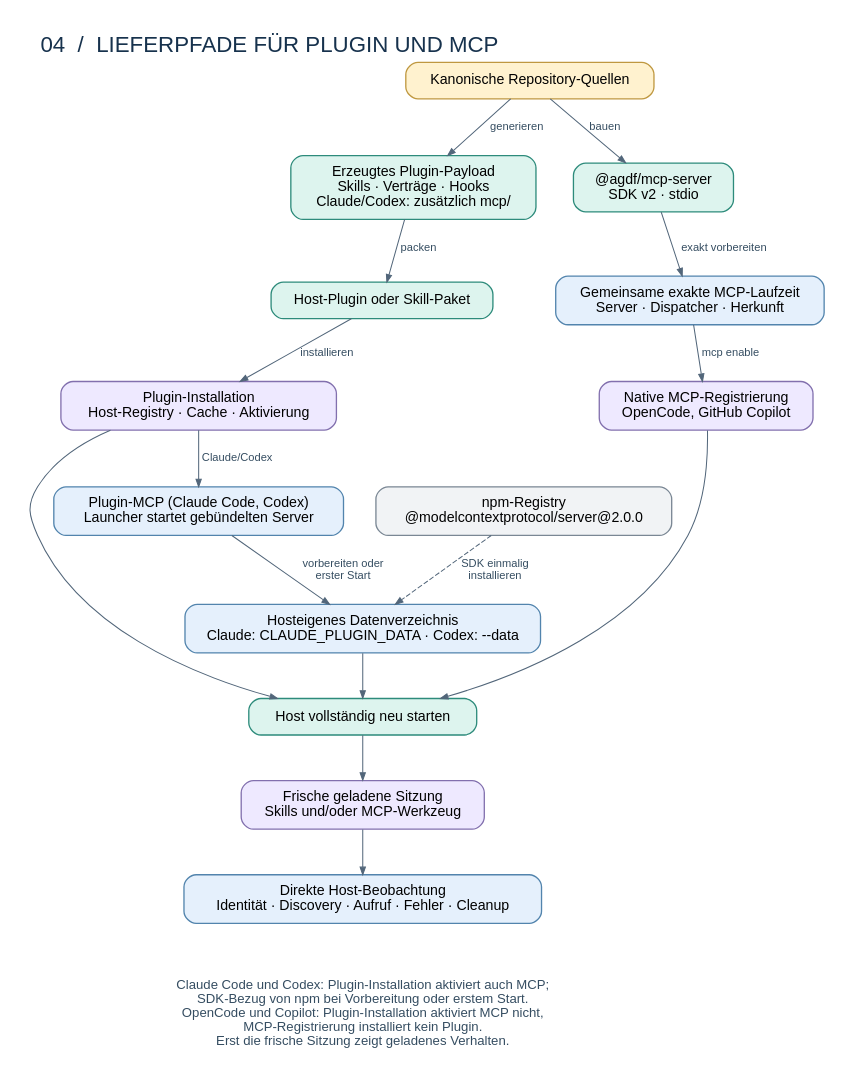
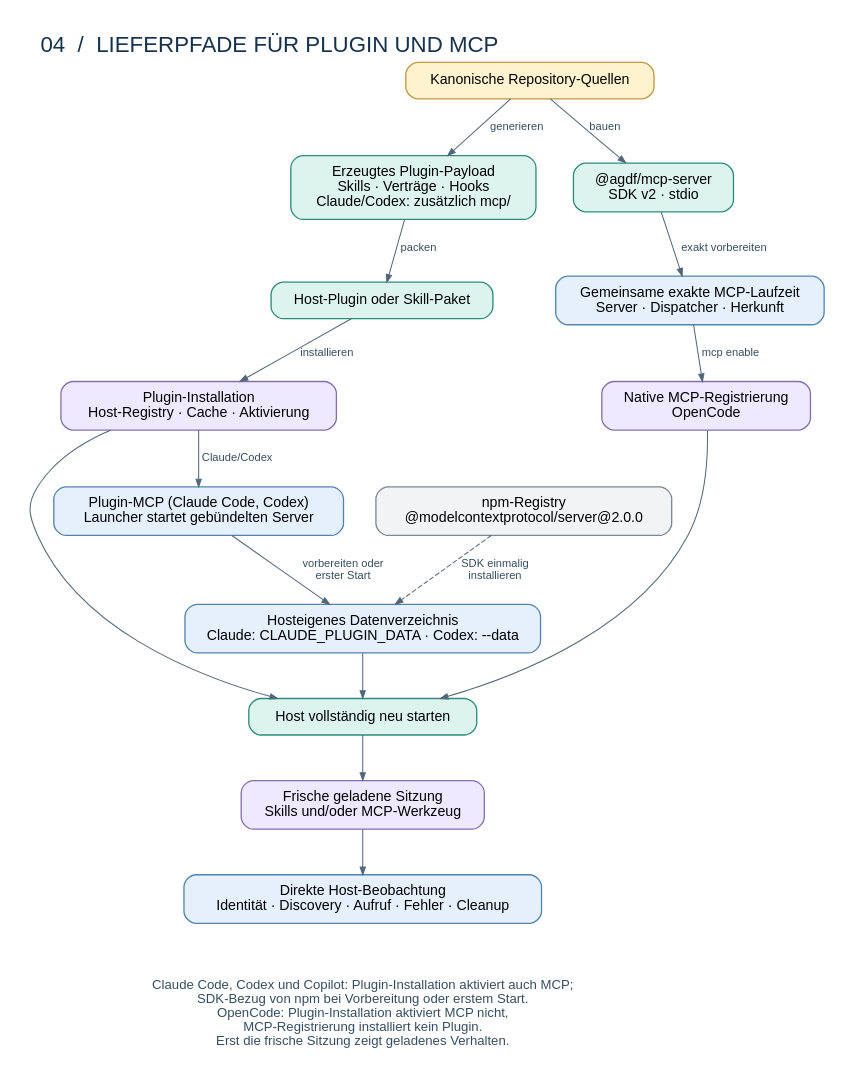
One commit to ArndtGold/ai-native-governance-delivery-framework changed the diagram in docs/architecture/diagrams/04-distribution.dot. Above: the diagram before and after it, drawn with Graphviz. The commit also changed 36 other files, not shown here.

First line of the commit message:
feat(copilot): migrate plugin to Agent Plugins 1.0 with managed MCP

```diff
--- a/docs/architecture/diagrams/04-distribution.dot
+++ b/docs/architecture/diagrams/04-distribution.dot
@@ -1,48 +1,48 @@
 digraph distribution {
   graph [rankdir=TB, bgcolor="white", pad=0.3, nodesep=0.45, ranksep=0.6, fontname="Helvetica", label="04  /  LIEFERPFADE FÜR PLUGIN UND MCP", labelloc=t, labeljust=l, fontsize=22, fontcolor="#17324D"];
   node [shape=box, style="rounded,filled", color="#2D8B7B", fillcolor="#DDF4EE", fontname="Helvetica", fontsize=14, margin="0.19,0.13", penwidth=1.3];
   edge [color="#52667A", arrowsize=0.75, fontname="Helvetica", fontsize=11, fontcolor="#354D61"];
 
   source [label="Kanonische Repository-Quellen", fillcolor="#FFF2CF", color="#BF9840"];
 
   plugin_payload [label="Erzeugtes Plugin-Payload\nSkills · Verträge · Hooks\nClaude/Codex: zusätzlich mcp/"];
   plugin_package [label="Host-Plugin oder Skill-Paket"];
   plugin_install [label="Plugin-Installation\nHost-Registry · Cache · Aktivierung", fillcolor="#EEE9FF", color="#8270AE"];
 
   plugin_mcp [label="Plugin-MCP (Claude Code, Codex)\nLauncher startet gebündelten Server", fillcolor="#E5F0FC", color="#5284AD"];
   npm [label="npm-Registry\n@modelcontextprotocol/server@2.0.0", fillcolor="#F1F3F5", color="#7A8794"];
   plugin_data [label="Hosteigenes Datenverzeichnis\nClaude: CLAUDE_PLUGIN_DATA · Codex: --data", fillcolor="#E5F0FC", color="#5284AD"];
 
   mcp_package [label="@agdf/mcp-server\nSDK v2 · stdio"];
   runtime [label="Gemeinsame exakte MCP-Laufzeit\nServer · Dispatcher · Herkunft", fillcolor="#E5F0FC", color="#5284AD"];
-  registration [label="Native MCP-Registrierung\nOpenCode, GitHub Copilot", fillcolor="#EEE9FF", color="#8270AE"];
+  registration [label="Native MCP-Registrierung\nOpenCode", fillcolor="#EEE9FF", color="#8270AE"];
 
   restart [label="Host vollständig neu starten"];
   loaded [label="Frische geladene Sitzung\nSkills und/oder MCP-Werkzeug", fillcolor="#EEE9FF", color="#8270AE"];
   observed [label="Direkte Host-Beobachtung\nIdentität · Discovery · Aufruf · Fehler · Cleanup", fillcolor="#E5F0FC", color="#5284AD"];
-  note [label="Claude Code und Codex: Plugin-Installation aktiviert auch MCP;\nSDK-Bezug von npm bei Vorbereitung oder erstem Start.\nOpenCode und Copilot: Plugin-Installation aktiviert MCP nicht,\nMCP-Registrierung installiert kein Plugin.\nErst die frische Sitzung zeigt geladenes Verhalten.", shape=plaintext, fillcolor="white", fontcolor="#354D61", fontsize=13];
+  note [label="Claude Code, Codex und Copilot: Plugin-Installation aktiviert auch MCP;\nSDK-Bezug von npm bei Vorbereitung oder erstem Start.\nOpenCode: Plugin-Installation aktiviert MCP nicht,\nMCP-Registrierung installiert kein Plugin.\nErst die frische Sitzung zeigt geladenes Verhalten.", shape=plaintext, fillcolor="white", fontcolor="#354D61", fontsize=13];
 
   source -> plugin_payload [label="generieren"];
   plugin_payload -> plugin_package [label="packen"];
   plugin_package -> plugin_install [label="installieren"];
 
   plugin_install -> plugin_mcp [label="Claude/Codex"];
   npm -> plugin_data [label="SDK einmalig\ninstallieren", style=dashed];
   plugin_mcp -> plugin_data [label="vorbereiten oder\nerster Start"];
 
   source -> mcp_package [label="bauen"];
   mcp_package -> runtime [label="exakt vorbereiten"];
   runtime -> registration [label="mcp enable"];
 
   plugin_data -> restart;
   plugin_install -> restart;
   registration -> restart;
   restart -> loaded;
   loaded -> observed;
   observed -> note [style=invis];
 
   {rank=same; plugin_payload; mcp_package;}
   {rank=same; plugin_package; runtime;}
   {rank=same; plugin_install; registration;}
   {rank=same; plugin_mcp; npm;}
 }
```
